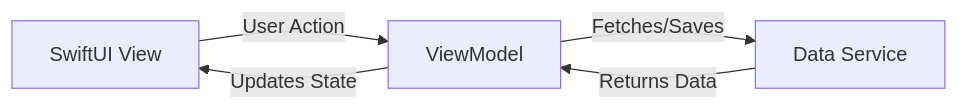
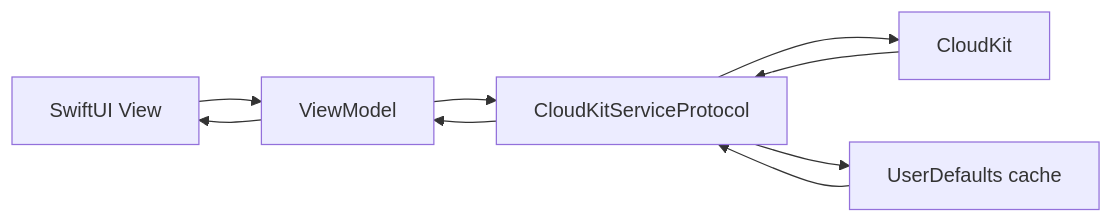
The second of 3 diagrams in ARCHITECTURE.md (martinnss/pekis), drawn with Mermaid before and after one commit. The commit also changed other lines of this file and 7 other files, not shown here.

Commit message:
docs: align public architecture and governance guides

````diff
--- a/ARCHITECTURE.md
+++ b/ARCHITECTURE.md
@@ -26,7 +117,11 @@
 ```mermaid
 graph LR
-    View[SwiftUI View] -- User Action --> VM[ViewModel]
-    VM -- Updates State --> View
-    VM -- Fetches/Saves --> Service[Data Service]
-    Service -- Returns Data --> VM
+    View[SwiftUI View] --> VM[ViewModel]
+    VM --> Service[CloudKitServiceProtocol]
+    Service --> CK[CloudKit]
+    Service --> Cache[UserDefaults cache]
+    CK --> Service
+    Cache --> Service
+    Service --> VM
+    VM --> View
 ```
````
